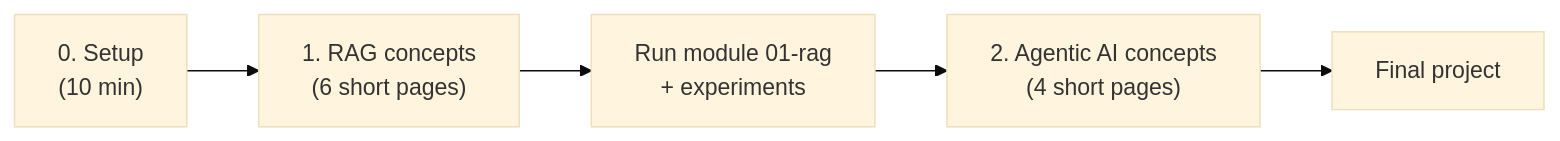
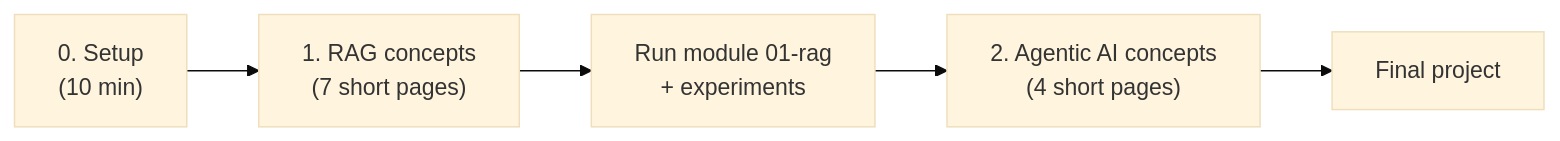
The diagram in README.md (prudhivi99/Agentic-System-Design), drawn with Mermaid (base theme) before and after one commit. The commit also changed other lines of this file and 20 other files, not shown here.

Commit message:
Add "Chunking code with AST" concept page with diagrams

````diff
--- a/README.md
+++ b/README.md
@@ -13,7 +13,7 @@
 ```mermaid
 flowchart LR
-    S["0. Setup<br/>(10 min)"] --> R["1. RAG concepts<br/>(6 short pages)"]
+    S["0. Setup<br/>(10 min)"] --> R["1. RAG concepts<br/>(7 short pages)"]
     R --> M1["Run module 01-rag<br/>+ experiments"]
     M1 --> A["2. Agentic AI concepts<br/>(4 short pages)"]
     A --> P["Final project"]
 ```
````
